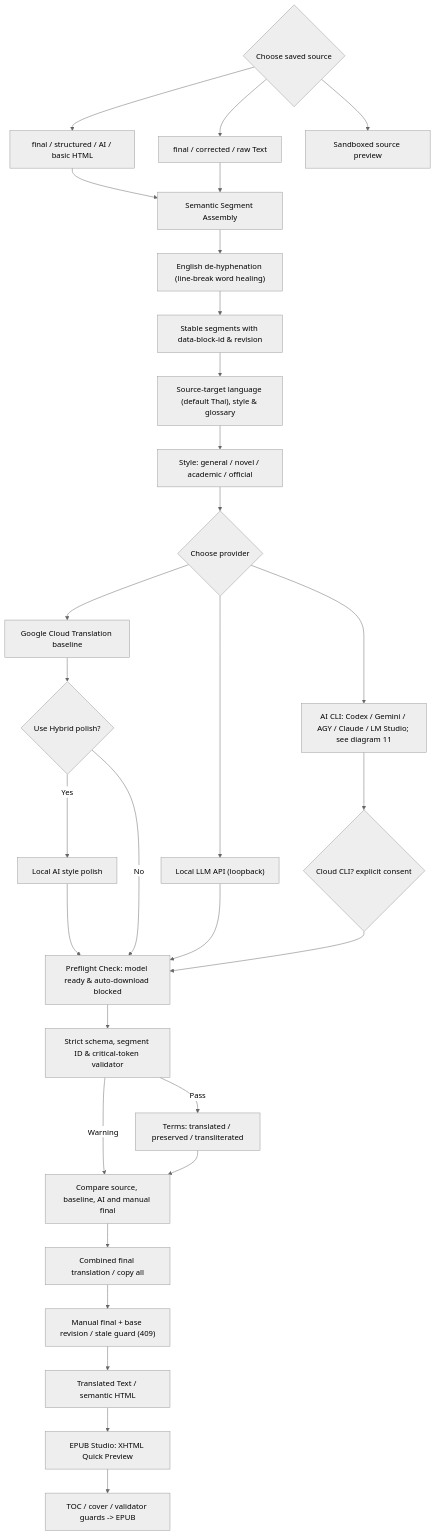
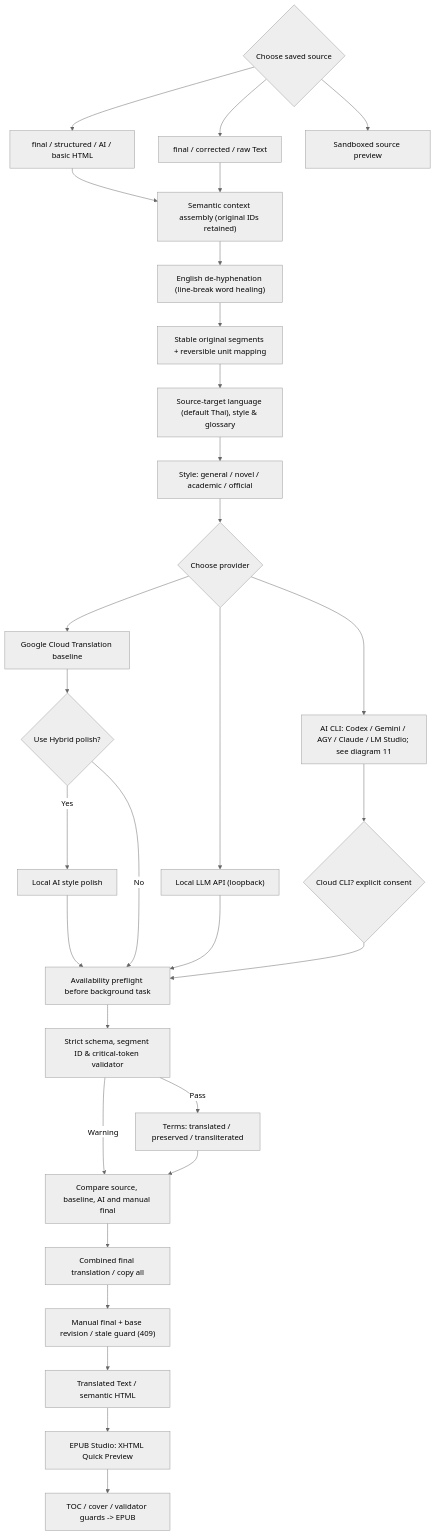
The tenth of 11 diagrams in readme.md (anuwatm/pdf-ocr-studio), drawn with Mermaid (neutral theme) before and after one commit. The commit also changed other lines of this file and 90 other files, not shown here.

````diff
--- a/readme.md
+++ b/readme.md
@@ -432,32 +432,32 @@
 ```mermaid
 flowchart TD
     Source{"Choose saved source"} --> HTML["final / structured / AI / basic HTML"]
     Source --> Text["final / corrected / raw Text"]
     Source --> View["Sandboxed source preview"]
-    HTML --> Assembly["Semantic Segment Assembly"]
+    HTML --> Assembly["Semantic context assembly (original IDs retained)"]
     Text --> Assembly
     Assembly --> Dehyphen["English de-hyphenation (line-break word healing)"]
-    Dehyphen --> Segment["Stable segments with data-block-id & revision"]
+    Dehyphen --> Segment["Stable original segments + reversible unit mapping"]
     Segment --> Config["Source-target language (default Thai), style & glossary"]
     Config --> Style["Style: general / novel / academic / official"]
     Style --> Provider{"Choose provider"}
     Provider --> Google["Google Cloud Translation baseline"]
     Provider --> Local["Local LLM API (loopback)"]
     Provider --> CLI["AI CLI: Codex / Gemini / AGY / Claude / LM Studio; see diagram 11"]
     Google --> Hybrid{"Use Hybrid polish?"}
     Hybrid -->|Yes| Polish["Local AI style polish"]
-    Hybrid -->|No| Preflight["Preflight Check: model ready & auto-download blocked"]
+    Hybrid -->|No| Preflight["Availability preflight before background task"]
     Local --> Preflight
     CLI --> Consent{"Cloud CLI? explicit consent"}
     Consent --> Preflight
     Polish --> Preflight
     Preflight --> Validate["Strict schema, segment ID & critical-token validator"]
     Validate -->|Warning| Review
     Validate -->|Pass| Terms["Terms: translated / preserved / transliterated"]
     Terms --> Review["Compare source, baseline, AI and manual final"]
     Review --> Combined["Combined final translation / copy all"]
     Combined --> Save["Manual final + base revision / stale guard (409)"]
     Save --> Export["Translated Text / semantic HTML"]
     Export --> Preview["EPUB Studio: XHTML Quick Preview"]
     Preview --> Package["TOC / cover / validator guards -> EPUB"]
 ```
````
